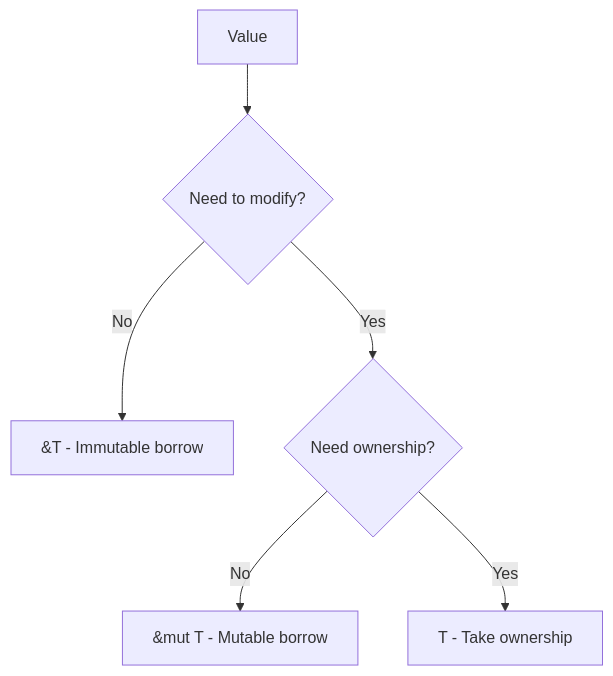
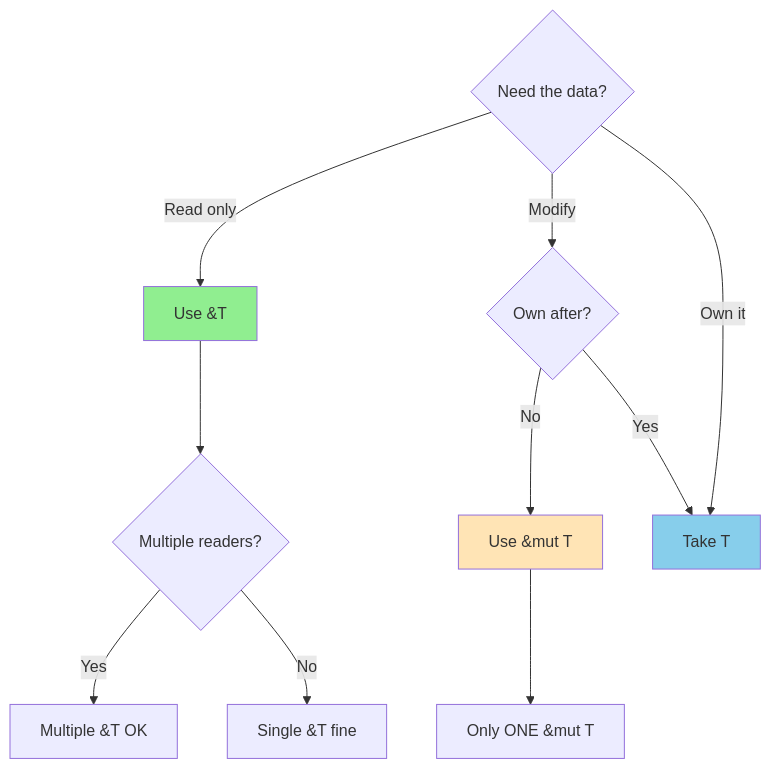
Before and after one commit to MichaelTien8901/rust-guide-tutorial: diagram 11 of 12 in part2/04-borrowing.md, drawn with Mermaid. The commit also changed other lines of this file and 2 other files, not shown here.

First line of the commit message:
Enhance ownership, borrowing, and generics with teaching content

````diff
--- a/part2/04-borrowing.md
+++ b/part2/04-borrowing.md
@@ -248,8 +516,19 @@
 ```mermaid
-graph TD
-    A[Value] --> B{Need to modify?}
-    B -->|No| C["&T - Immutable borrow"]
-    B -->|Yes| D{Need ownership?}
-    D -->|No| E["&mut T - Mutable borrow"]
-    D -->|Yes| F["T - Take ownership"]
+flowchart TD
+    A{Need the data?} -->|Read only| B["Use &T"]
+    A -->|Modify| C{Own after?}
+    A -->|Own it| D["Take T"]
+
+    C -->|No| E["Use &mut T"]
+    C -->|Yes| D
+
+    B --> F{Multiple readers?}
+    F -->|Yes| G["Multiple &T OK"]
+    F -->|No| H["Single &T fine"]
+
+    E --> I["Only ONE &mut T"]
+
+    style B fill:#90EE90
+    style E fill:#FFE4B5
+    style D fill:#87CEEB
 ```
````
